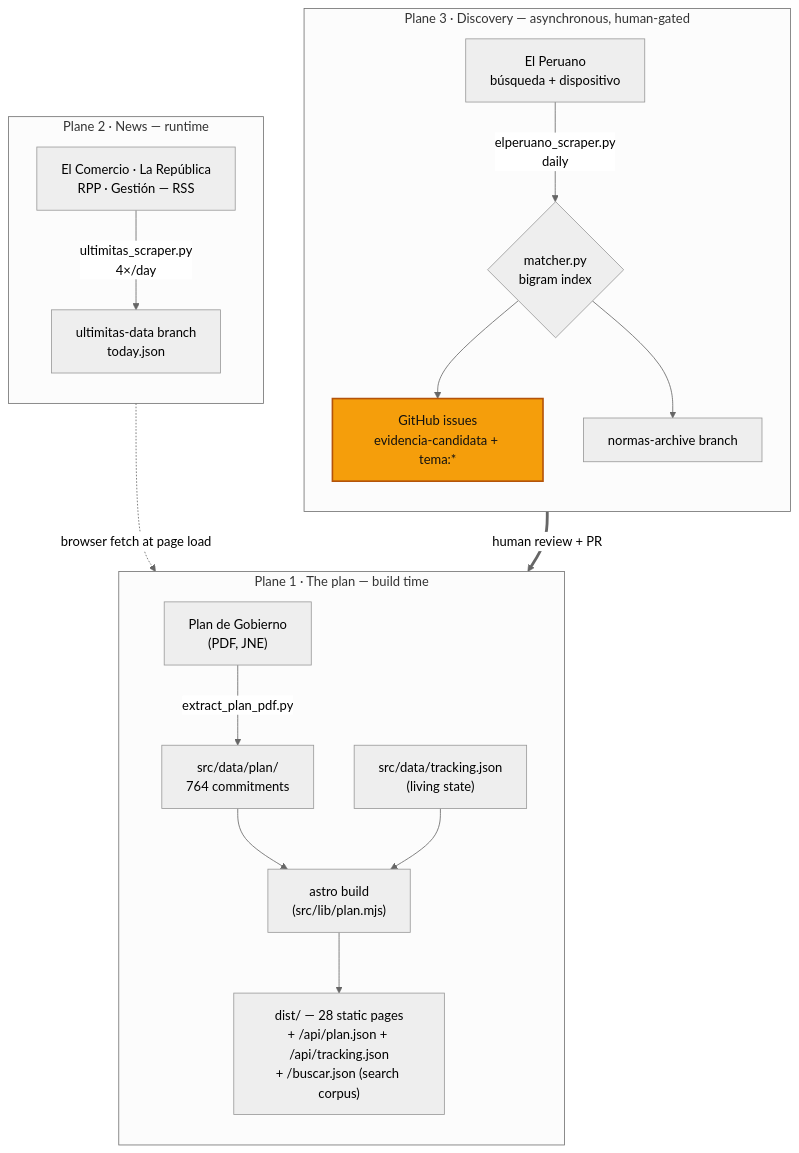
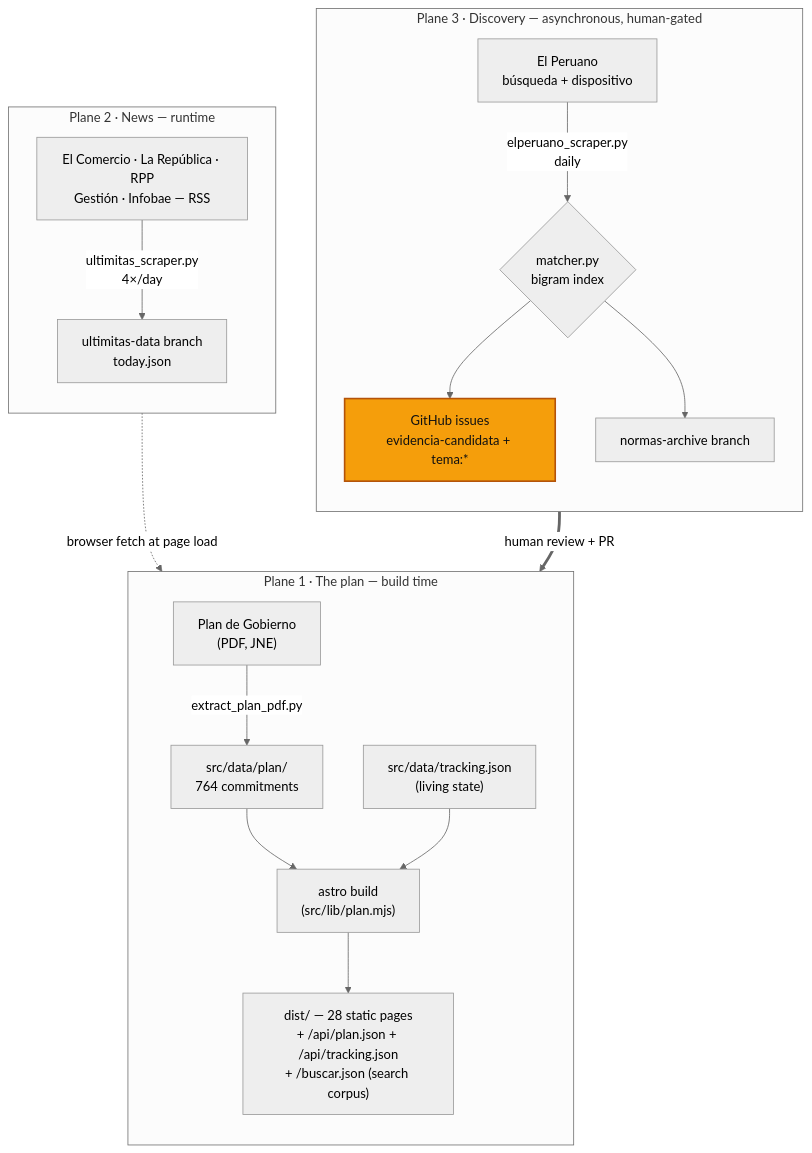
One commit to DianCotrina/keikogobierna changed the diagram in docs/ARCHITECTURE.md. Above: the diagram before and after it, drawn with Mermaid (neutral theme). The commit also changed other lines of this file and 1 other file, not shown here.

Commit message:
docs: document the minister-profile reader and its manual gate
Records why the JNE cannot close the ficha gap, that only feed metadata
is read, and that profession and bio are written by hand from public
facts rather than copied from the outlet's sentences.

````diff
--- a/docs/ARCHITECTURE.md
+++ b/docs/ARCHITECTURE.md
@@ -11,29 +11,29 @@
 ```mermaid
 flowchart TB
     subgraph P3["Plane 3 · Discovery — asynchronous, human-gated"]
         direction TB
         EP["El Peruano<br/>búsqueda + dispositivo"] -->|"elperuano_scraper.py<br/>daily"| MATCH{"matcher.py<br/>bigram index"}
         MATCH --> ISSUES["GitHub issues<br/>evidencia-candidata + tema:*"]
         MATCH --> ARCH["normas-archive branch"]
     end
 
     subgraph P2["Plane 2 · News — runtime"]
         direction TB
-        EC["El Comercio · La República<br/>RPP · Gestión — RSS"] -->|"ultimitas_scraper.py<br/>4×/day"| UD["ultimitas-data branch<br/>today.json"]
+        EC["El Comercio · La República · RPP<br/>Gestión · Infobae — RSS"] -->|"ultimitas_scraper.py<br/>4×/day"| UD["ultimitas-data branch<br/>today.json"]
     end
 
     subgraph P1["Plane 1 · The plan — build time"]
         direction TB
         PDF["Plan de Gobierno<br/>(PDF, JNE)"] -->|"extract_plan_pdf.py"| PLAN["src/data/plan/<br/>764 commitments"]
         TRACK["src/data/tracking.json<br/>(living state)"]
         PLAN --> BUILD["astro build<br/>(src/lib/plan.mjs)"]
         TRACK --> BUILD
         BUILD --> DIST["dist/ — 28 static pages<br/>+ /api/plan.json + /api/tracking.json<br/>+ /buscar.json (search corpus)"]
     end
 
     ISSUES ==>|"human review + PR"| TRACK
     UD -.->|"browser fetch at page load"| DIST
 
     classDef human fill:#f59e0b,stroke:#b45309,stroke-width:2px,color:#111
     class ISSUES human
 ```
````
